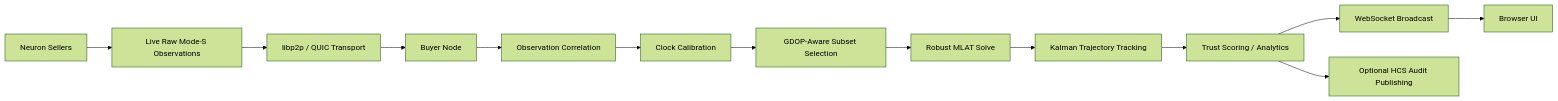
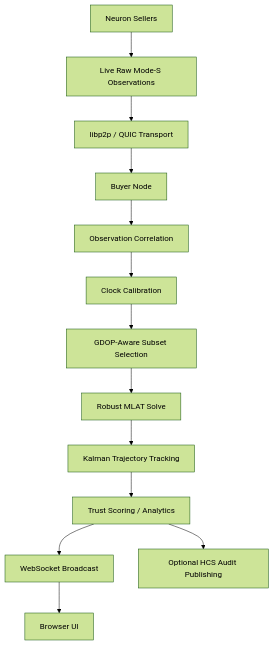
The diagram in README.md (akashbiswas0/n-MLAT), drawn with Mermaid (forest theme) before and after one commit.

Commit message:
updated readme with diagram

````diff
--- a/README.md
+++ b/README.md
@@ -50,15 +50,18 @@
 ```mermaid
-flowchart LR
+flowchart TD
     A["Neuron Sellers"] --> B["Live Raw Mode-S Observations"]
     B --> C["libp2p / QUIC Transport"]
     C --> D["Buyer Node"]
+
     D --> E["Observation Correlation"]
     E --> F["Clock Calibration"]
     F --> G["GDOP-Aware Subset Selection"]
     G --> H["Robust MLAT Solve"]
     H --> I["Kalman Trajectory Tracking"]
     I --> J["Trust Scoring / Analytics"]
+
     J --> K["WebSocket Broadcast"]
     K --> L["Browser UI"]
+
     J --> M["Optional HCS Audit Publishing"]
 ```
````
